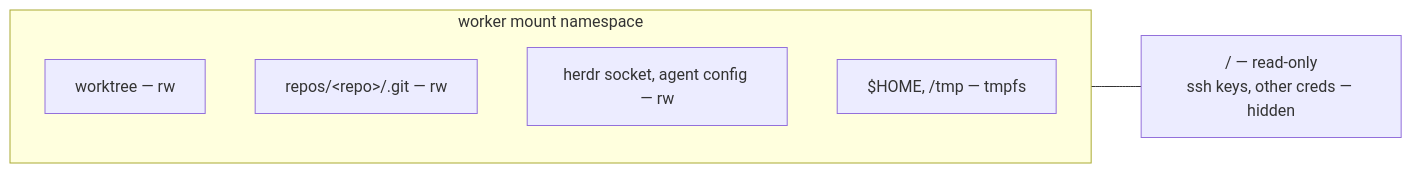
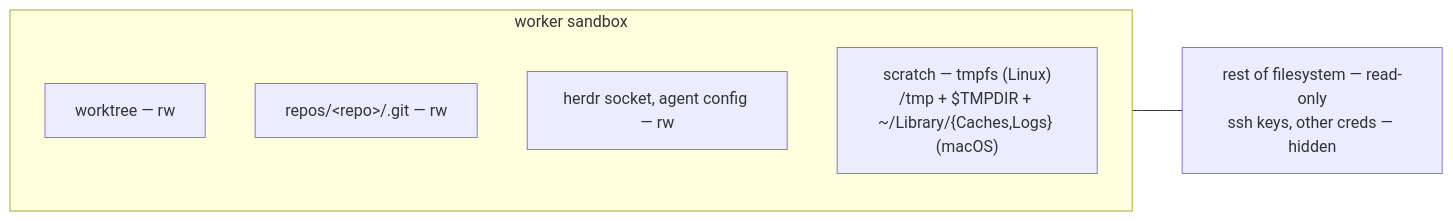
One commit to Nyarducks/Worktreeharness changed the diagram in docs/design/sandbox.md. Above: the diagram before and after it, drawn with Mermaid. The commit also changed other lines of this file and 19 other files, not shown here.

````diff
--- a/docs/design/sandbox.md
+++ b/docs/design/sandbox.md
@@ -25,11 +37,11 @@
 ```mermaid
 flowchart LR
-    subgraph NS["worker mount namespace"]
+    subgraph NS["worker sandbox"]
         WT["worktree — rw"]
         GIT["repos/&lt;repo&gt;/.git — rw"]
         CFG["herdr socket, agent config — rw"]
-        TMP["$HOME, /tmp — tmpfs"]
+        TMP["scratch — tmpfs (Linux)<br/>/tmp + $TMPDIR + ~/Library/{Caches,Logs} (macOS)"]
     end
-    SYS["/ — read-only<br/>ssh keys, other creds — hidden"]
+    SYS["rest of filesystem — read-only<br/>ssh keys, other creds — hidden"]
     NS --- SYS
 ```
````
